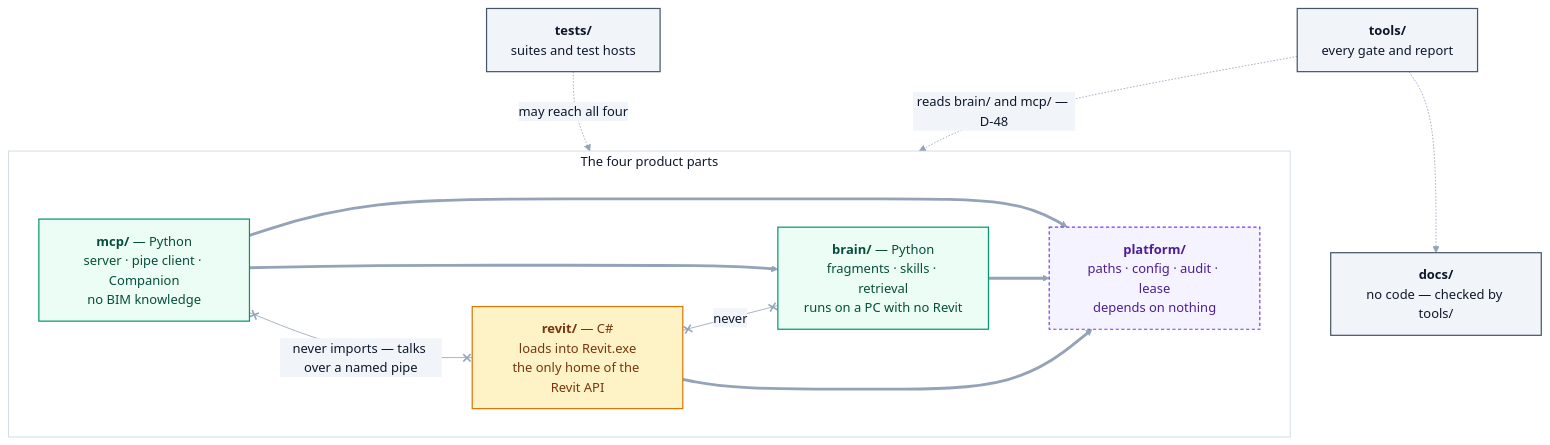
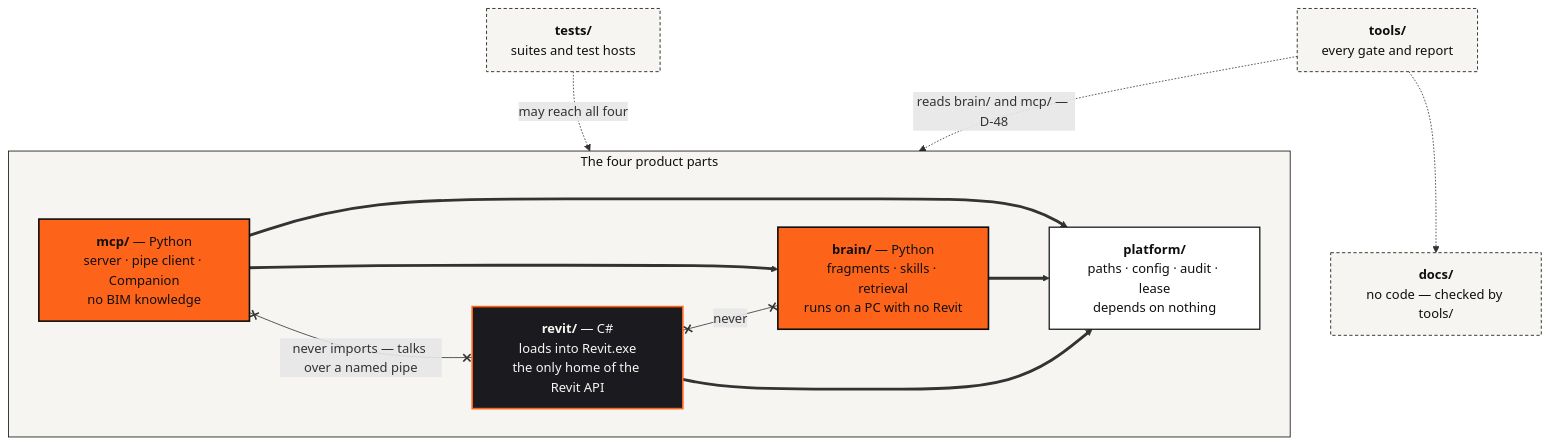
The second of 3 diagrams in docs/PROJECT-MAP.md (Ajmalpshaik/Heron-AI), drawn with Mermaid before and after one commit. The commit also changed other lines of this file and 13 other files, not shown here.

First line of the commit message:
Docs: README becomes a landing page; short linked guide pages with brand diagrams

````diff
--- a/docs/PROJECT-MAP.md
+++ b/docs/PROJECT-MAP.md
@@ -103,34 +112,33 @@
 ```mermaid
-%%{init: {"themeVariables": {"edgeLabelBackground":"#F1F5F9","lineColor":"#94A3B8","textColor":"#0F172A","tertiaryTextColor":"#0F172A"}}}%%
 flowchart TD
     TS["<b>tests/</b><br/>suites and test hosts"]
     TL["<b>tools/</b><br/>every gate and report"]
     DC["<b>docs/</b><br/>no code — checked by tools/"]
 
     subgraph PARTS ["The four product parts"]
         MC["<b>mcp/</b> — Python<br/>server · pipe client · Companion<br/>no BIM knowledge"]
         RV["<b>revit/</b> — C#<br/>loads into Revit.exe<br/>the only home of the Revit API"]
         BR["<b>brain/</b> — Python<br/>fragments · skills · retrieval<br/>runs on a PC with no Revit"]
         PL["<b>platform/</b><br/>paths · config · audit · lease<br/>depends on nothing"]
     end
 
     TS -.->|"may reach all four"| PARTS
     TL -.->|"reads brain/ and mcp/ — D-48"| PARTS
     TL -.-> DC
     MC ==> BR
     MC ==> PL
     BR ==> PL
     RV ==> PL
     MC x--x|"never imports — talks over a named pipe"| RV
     RV x--x|"never"| BR
 
-    classDef user fill:#F1F5F9,stroke:#475569,stroke-width:1.5px,color:#0F172A
-    classDef brain fill:#ECFDF5,stroke:#059669,stroke-width:1.5px,color:#064E3B
-    classDef addin fill:#FEF3C7,stroke:#D97706,stroke-width:1.5px,color:#78350F
-    classDef plat fill:#F5F3FF,stroke:#7C3AED,stroke-width:1.5px,color:#4C1D95,stroke-dasharray:4 3
-    class TS,TL,DC user
-    class MC,BR brain
-    class RV addin
-    class PL plat
-    style PARTS fill:#FFFFFF,stroke:#CBD5E1,color:#0F172A
+    classDef quiet fill:#F7F5F2,stroke:#0F0F10,stroke-width:1px,color:#0F0F10,stroke-dasharray:4 3
+    classDef heron fill:#FD641A,stroke:#0F0F10,stroke-width:2px,color:#0F0F10
+    classDef revit fill:#1B1B1F,stroke:#FD641A,stroke-width:2px,color:#F7F5F2
+    classDef host fill:#FFFFFF,stroke:#0F0F10,stroke-width:1.5px,color:#0F0F10
+    class TS,TL,DC quiet
+    class MC,BR heron
+    class RV revit
+    class PL host
+    style PARTS fill:#F7F5F2,stroke:#0F0F10,color:#0F0F10
 ```
````
